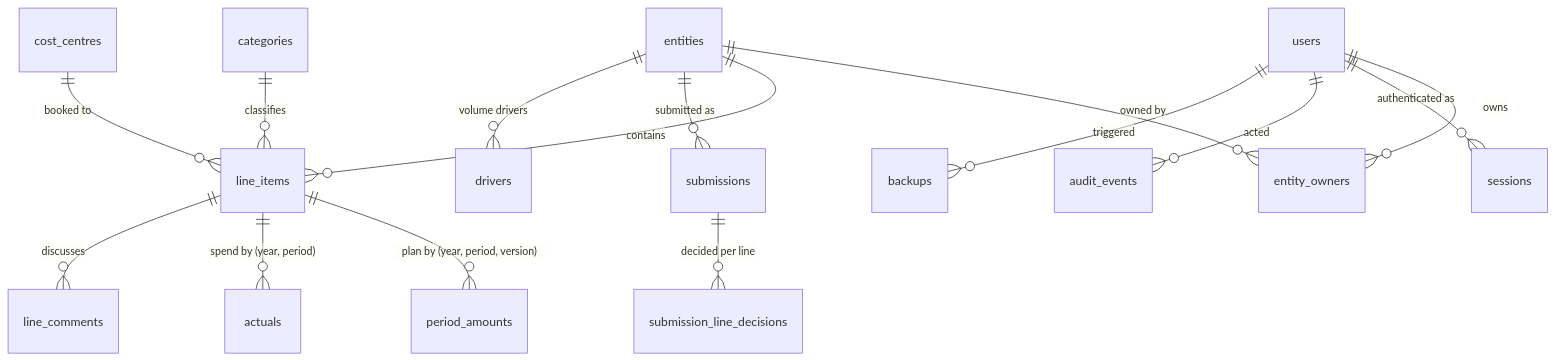
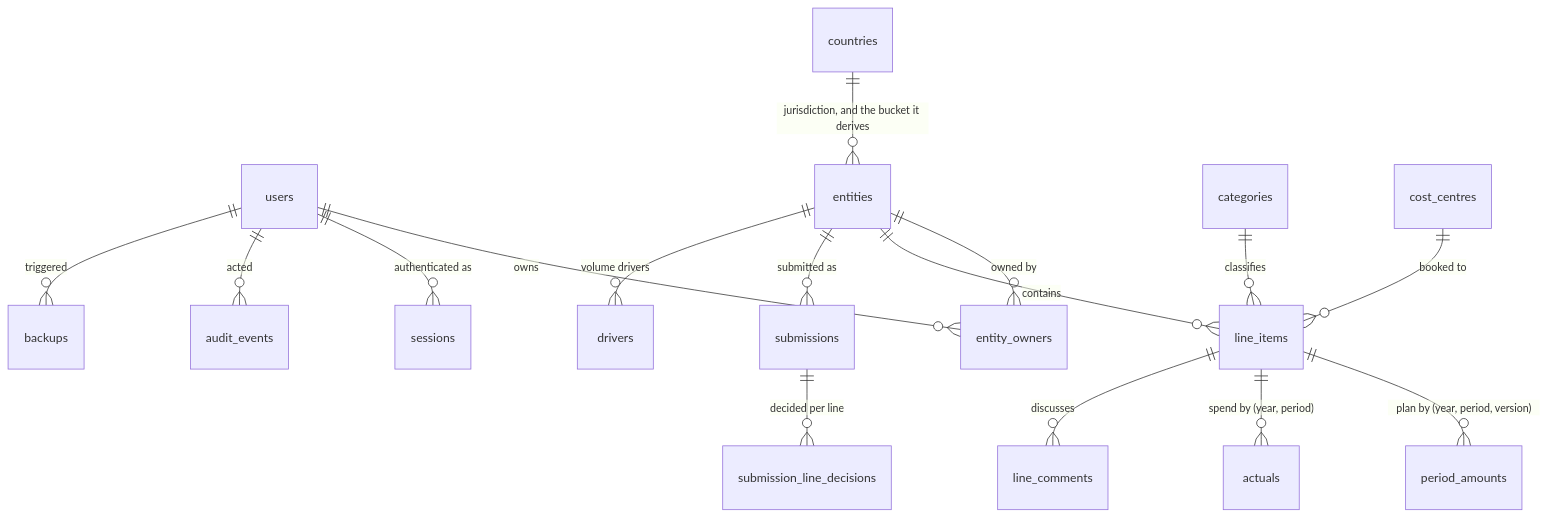
Before and after one commit to nicpozent/budget: the second of 2 diagrams in docs/architecture/lld.md, drawn with Mermaid. The commit also changed other lines of this file and 27 other files, not shown here.

````diff
--- a/docs/architecture/lld.md
+++ b/docs/architecture/lld.md
@@ -88,17 +102,18 @@
 ```mermaid
 erDiagram
   users ||--o{ entity_owners : owns
+  countries ||--o{ entities : "jurisdiction, and the bucket it derives"
   entities ||--o{ entity_owners : "owned by"
   entities ||--o{ line_items : contains
   categories ||--o{ line_items : classifies
   cost_centres ||--o{ line_items : "booked to"
   line_items ||--o{ period_amounts : "plan by (year, period, version)"
   line_items ||--o{ actuals : "spend by (year, period)"
   line_items ||--o{ line_comments : discusses
   entities ||--o{ submissions : "submitted as"
   submissions ||--o{ submission_line_decisions : "decided per line"
   entities ||--o{ drivers : "volume drivers"
   users ||--o{ sessions : "authenticated as"
   users ||--o{ audit_events : "acted"
   users ||--o{ backups : "triggered"
 ```
````
